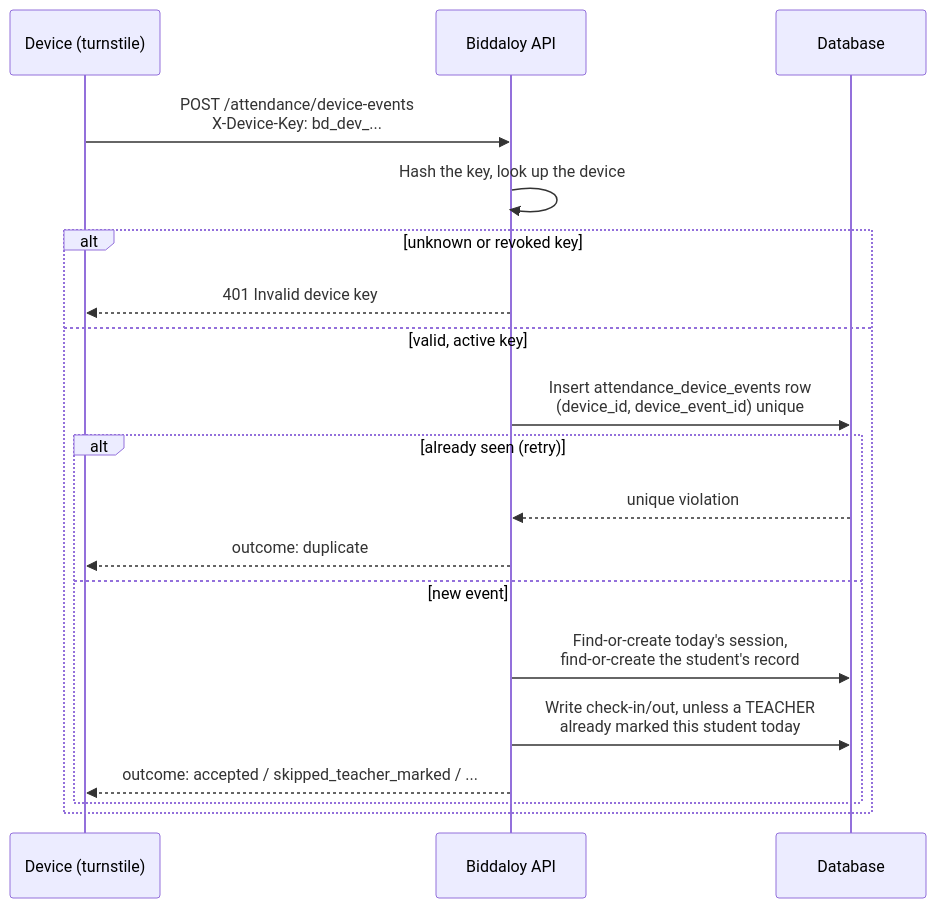
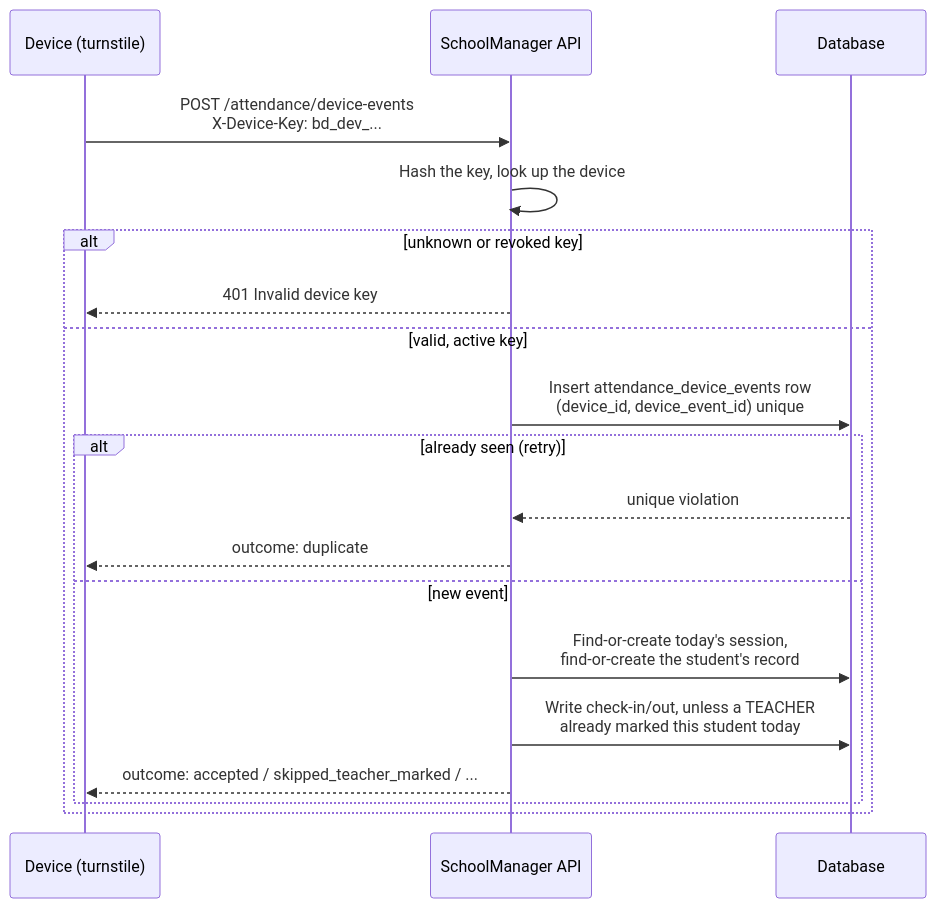
One commit to tareq89/biddaloy changed the third of 3 diagrams in docs/architecture/11-attendance.md. Above: the diagram before and after it, drawn with Mermaid. The commit also changed other lines of this file and 59 other files, not shown here.

Commit message:
feat: rename public branding to SchoolManager

````diff
--- a/docs/architecture/11-attendance.md
+++ b/docs/architecture/11-attendance.md
@@ -188,22 +188,22 @@
 ```mermaid
 sequenceDiagram
     participant D as Device (turnstile)
-    participant A as Biddaloy API
+    participant A as SchoolManager API
     participant DB as Database
 
     D->>A: POST /attendance/device-events<br/>X-Device-Key: bd_dev_...
     A->>A: Hash the key, look up the device
     alt unknown or revoked key
         A-->>D: 401 Invalid device key
     else valid, active key
         A->>DB: Insert attendance_device_events row<br/>(device_id, device_event_id) unique
         alt already seen (retry)
             DB-->>A: unique violation
             A-->>D: outcome: duplicate
         else new event
             A->>DB: Find-or-create today's session,<br/>find-or-create the student's record
             A->>DB: Write check-in/out, unless a TEACHER<br/>already marked this student today
             A-->>D: outcome: accepted / skipped_teacher_marked / ...
         end
     end
 ```
````
